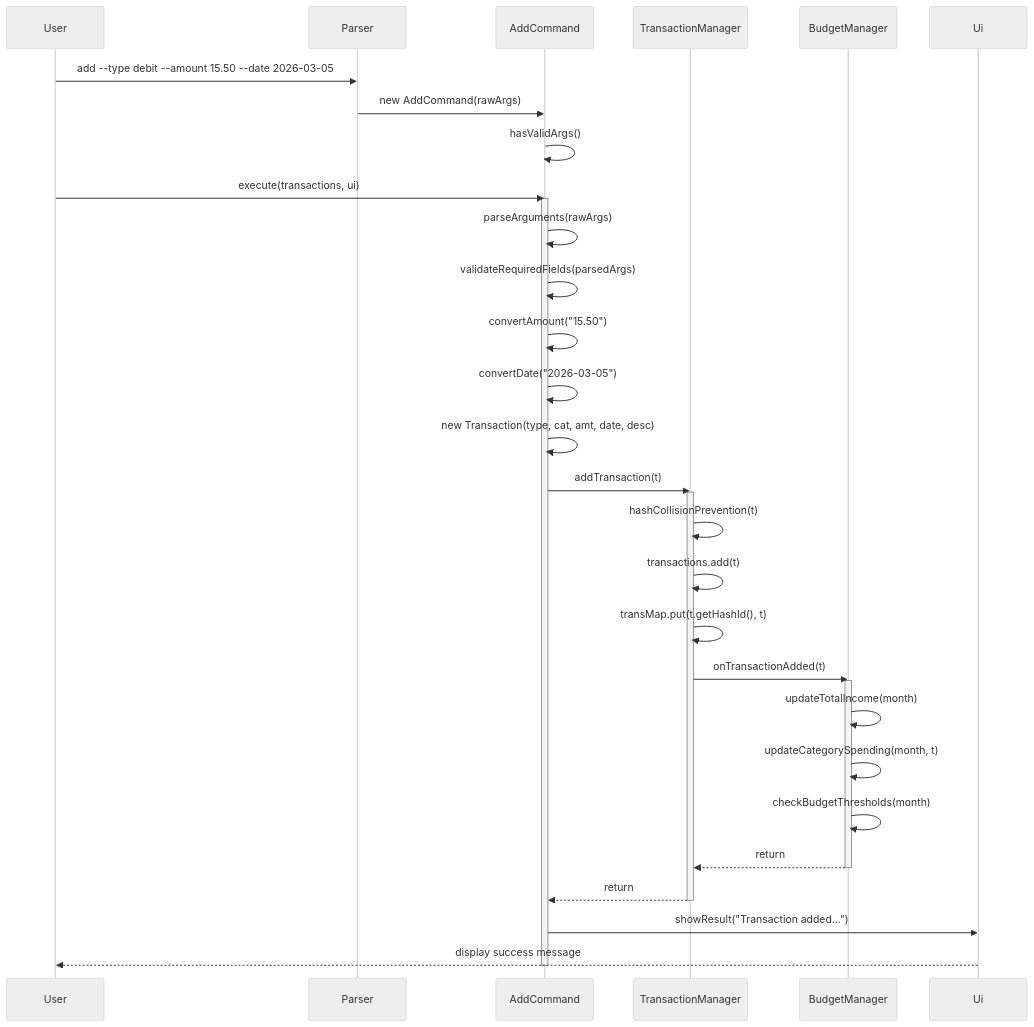
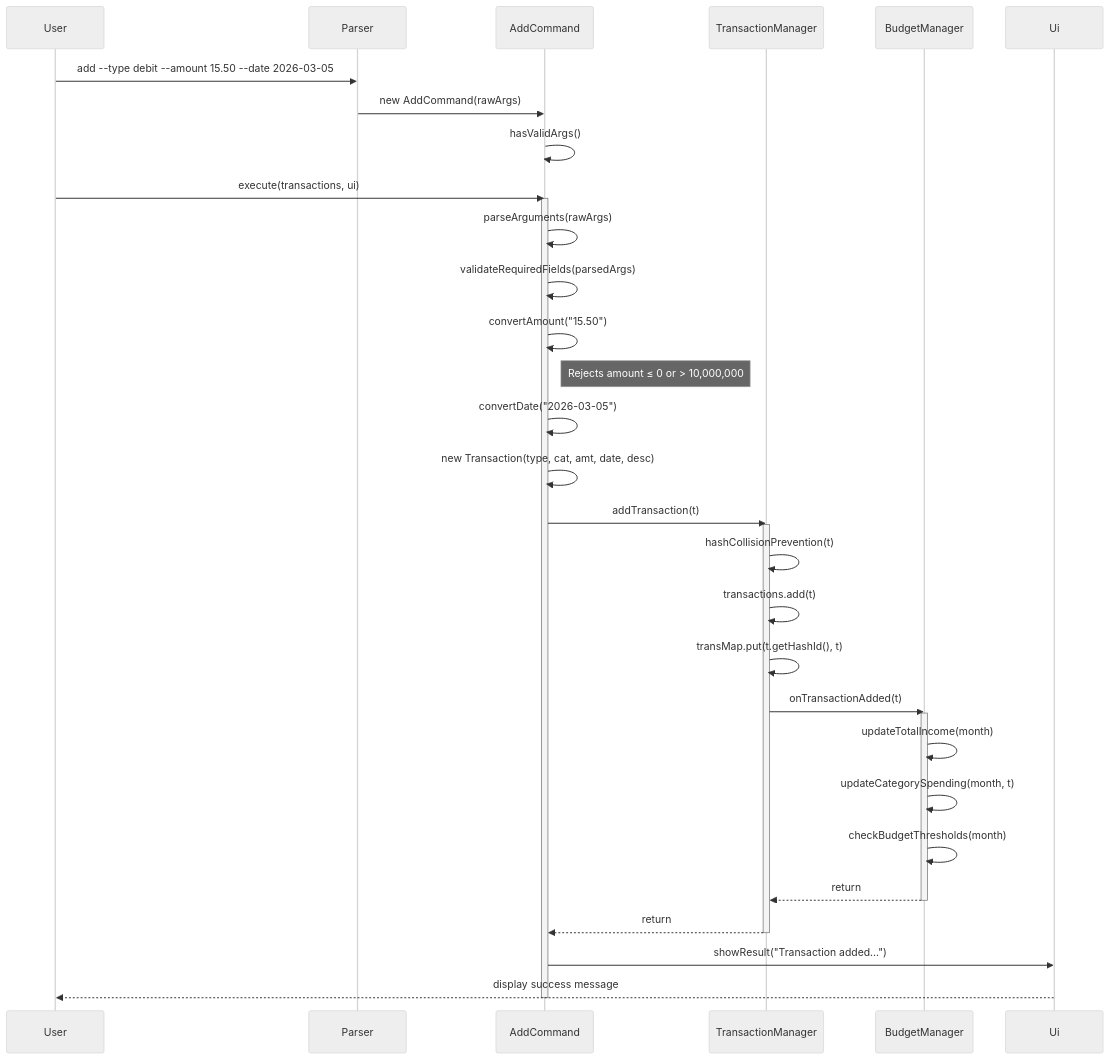
One commit to Rosh2403/tp changed the sixth of 17 diagrams in docs/DeveloperGuide.md. Above: the diagram before and after it, drawn with Mermaid (neutral theme). The commit also changed other lines of this file, not shown here.

Commit message:
Update DG with amount validation details

````diff
--- a/docs/DeveloperGuide.md
+++ b/docs/DeveloperGuide.md
@@ -474,44 +474,45 @@
 ```mermaid
 sequenceDiagram
     participant User
     participant Parser
     participant AddCommand
     participant TM as TransactionManager
     participant BM as BudgetManager
     participant Ui
 
     User->>Parser: add --type debit --amount 15.50 --date 2026-03-05
     Parser->>AddCommand: new AddCommand(rawArgs)
     AddCommand->>AddCommand: hasValidArgs()
 
     User->>AddCommand: execute(transactions, ui)
 
     activate AddCommand
     AddCommand->>AddCommand: parseArguments(rawArgs)
     AddCommand->>AddCommand: validateRequiredFields(parsedArgs)
     AddCommand->>AddCommand: convertAmount("15.50")
+    note right of AddCommand: Rejects amount ≤ 0 or > 10,000,000
     AddCommand->>AddCommand: convertDate("2026-03-05")
     AddCommand->>AddCommand: new Transaction(type, cat, amt, date, desc)
 
     AddCommand->>TM: addTransaction(t)
     activate TM
 
     TM->>TM: hashCollisionPrevention(t)
     TM->>TM: transactions.add(t)
     TM->>TM: transMap.put(t.getHashId(), t)
 
     TM->>BM: onTransactionAdded(t)
     activate BM
     BM->>BM: updateTotalIncome(month)
     BM->>BM: updateCategorySpending(month, t)
     BM->>BM: checkBudgetThresholds(month)
     BM-->>TM: return
     deactivate BM
 
     TM-->>AddCommand: return
     deactivate TM
 
     AddCommand->>Ui: showResult("Transaction added...")
     Ui-->>User: display success message
     deactivate AddCommand
 ```
````
